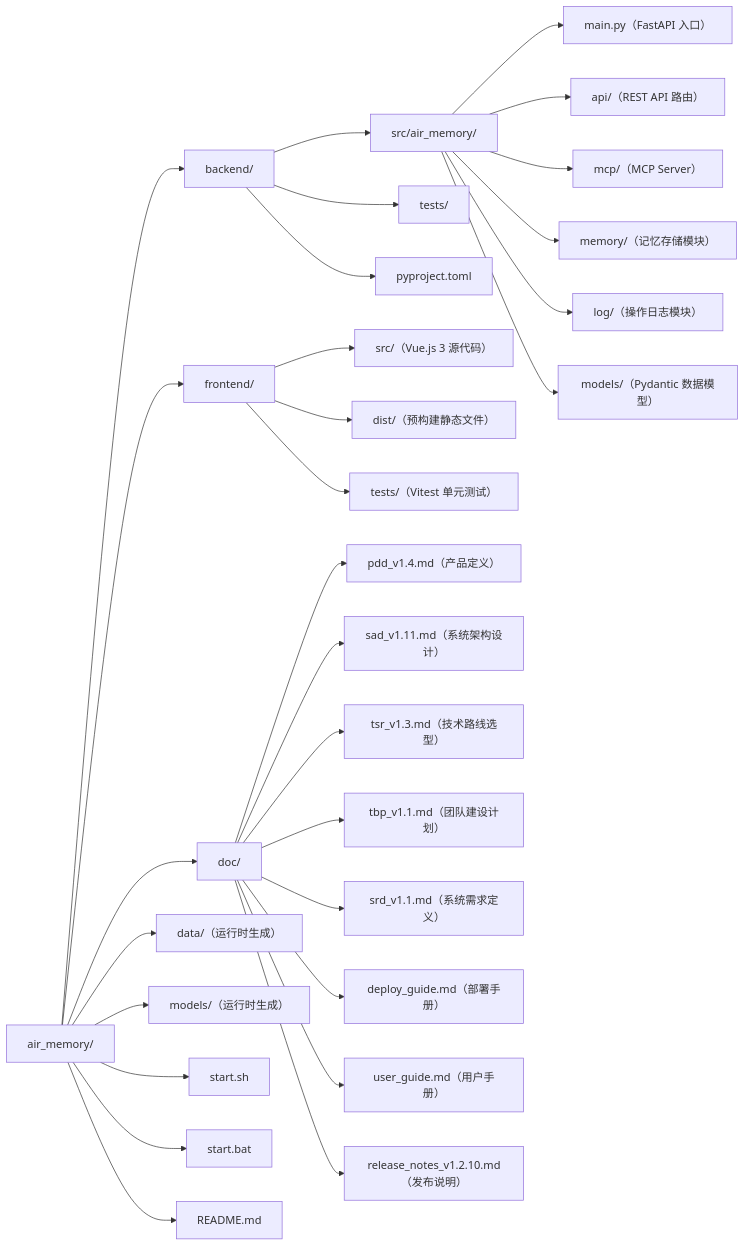
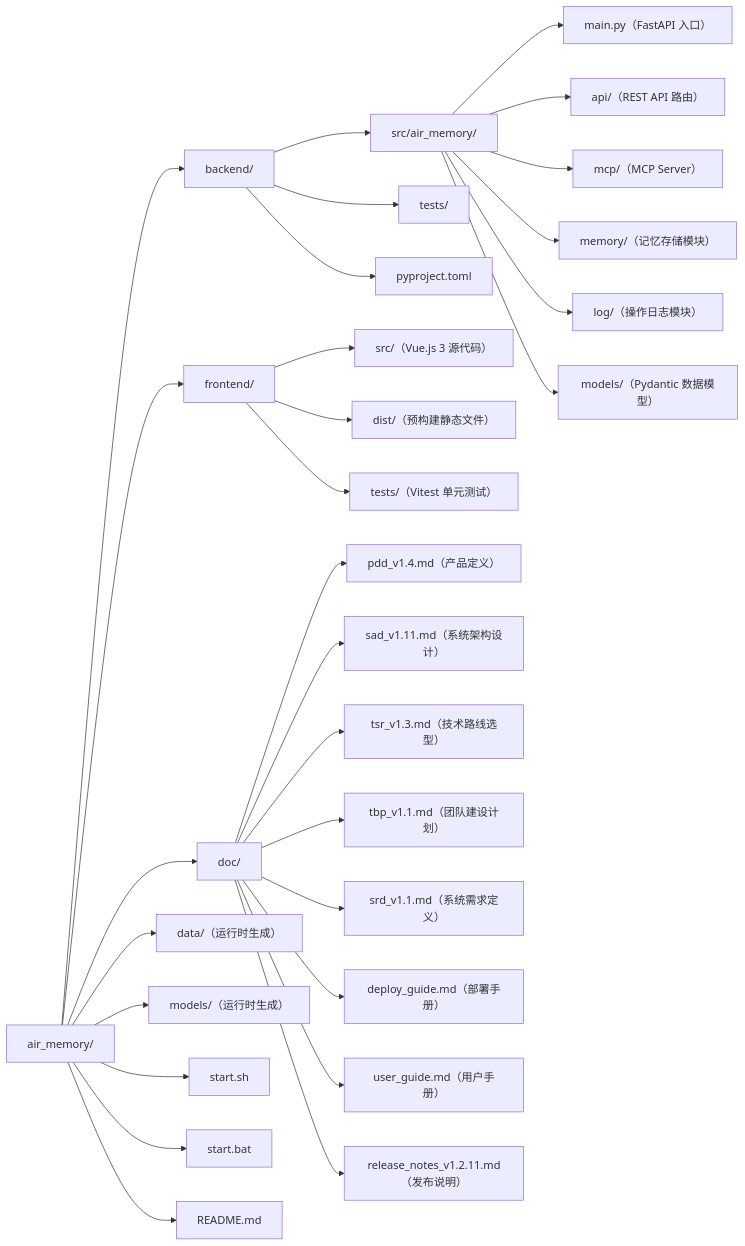
Before and after one commit to SevenLv/air_memory: the diagram in README.md, drawn with Mermaid. The commit also changed other lines of this file and 13 other files, not shown here.

````diff
--- a/README.md
+++ b/README.md
@@ -50,37 +50,37 @@
 ```mermaid
 graph LR
     ROOT["air_memory/"]
 
     ROOT --> BACKEND["backend/"]
     ROOT --> FRONTEND["frontend/"]
     ROOT --> DOC["doc/"]
     ROOT --> DATA["data/（运行时生成）"]
     ROOT --> MODELS["models/（运行时生成）"]
     ROOT --> START_SH["start.sh"]
     ROOT --> START_BAT["start.bat"]
     ROOT --> README["README.md"]
 
     BACKEND --> BE_SRC["src/air_memory/"]
     BACKEND --> BE_TESTS["tests/"]
     BACKEND --> BE_PYPROJECT["pyproject.toml"]
 
     BE_SRC --> BE_MAIN["main.py（FastAPI 入口）"]
     BE_SRC --> BE_API["api/（REST API 路由）"]
     BE_SRC --> BE_MCP["mcp/（MCP Server）"]
     BE_SRC --> BE_MEM["memory/（记忆存储模块）"]
     BE_SRC --> BE_LOG["log/（操作日志模块）"]
     BE_SRC --> BE_MODELS["models/（Pydantic 数据模型）"]
 
     FRONTEND --> FE_SRC["src/（Vue.js 3 源代码）"]
     FRONTEND --> FE_DIST["dist/（预构建静态文件）"]
     FRONTEND --> FE_TESTS["tests/（Vitest 单元测试）"]
 
     DOC --> D1["pdd_v1.4.md（产品定义）"]
     DOC --> D2["sad_v1.11.md（系统架构设计）"]
     DOC --> D3["tsr_v1.3.md（技术路线选型）"]
     DOC --> D4["tbp_v1.1.md（团队建设计划）"]
     DOC --> D5["srd_v1.1.md（系统需求定义）"]
     DOC --> D6["deploy_guide.md（部署手册）"]
     DOC --> D7["user_guide.md（用户手册）"]
-    DOC --> D8["release_notes_v1.2.10.md（发布说明）"]
+    DOC --> D8["release_notes_v1.2.11.md（发布说明）"]
 ```
````
